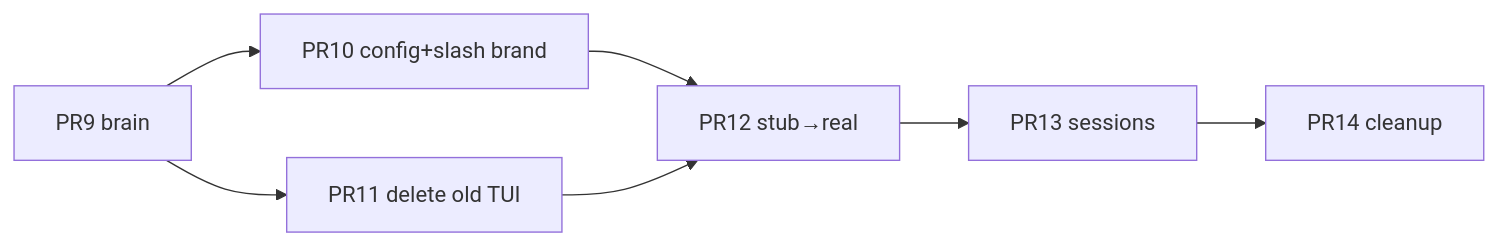
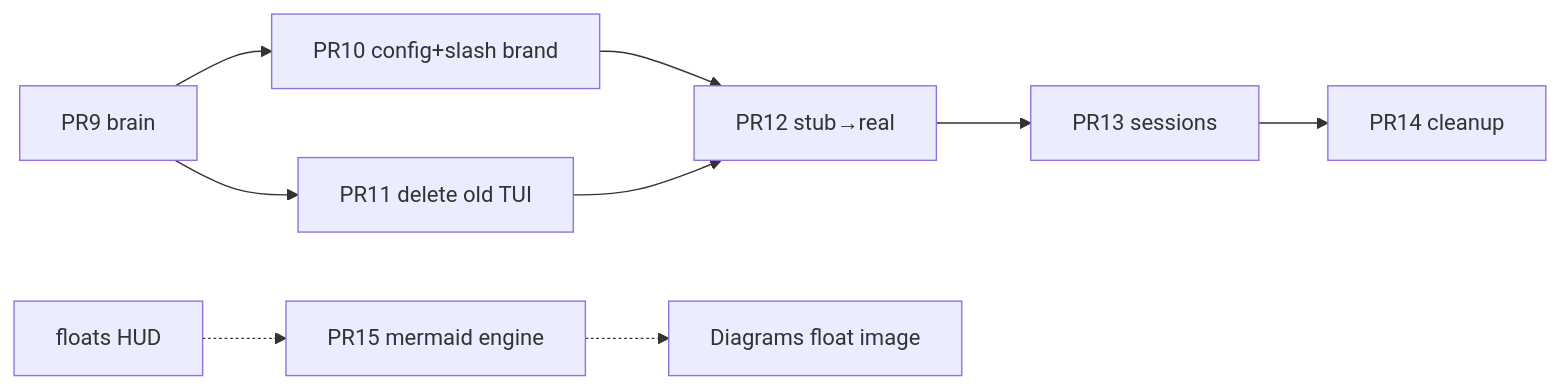
Before and after one commit to quangdang46/next-code: the diagram in docs/plans/PLAN-20260720-grok-post-pr8-roadmap.md, drawn with Mermaid. The commit also changed other lines of this file and 2 other files, not shown here.

First line of the commit message:
docs(face): plan PR15 mermaid/image engine un-stub

````diff
--- a/docs/plans/PLAN-20260720-grok-post-pr8-roadmap.md
+++ b/docs/plans/PLAN-20260720-grok-post-pr8-roadmap.md
@@ -44,9 +45,11 @@
 ```mermaid
 flowchart LR
   PR9[PR9 brain] --> PR10[PR10 config+slash brand]
   PR9 --> PR11[PR11 delete old TUI]
   PR10 --> PR12[PR12 stub→real]
   PR11 --> PR12
   PR12 --> PR13[PR13 sessions]
   PR13 --> PR14[PR14 cleanup]
+  Floats[floats HUD] -.-> PR15[PR15 mermaid engine]
+  PR15 -.-> Diagrams[Diagrams float image]
 ```
````
